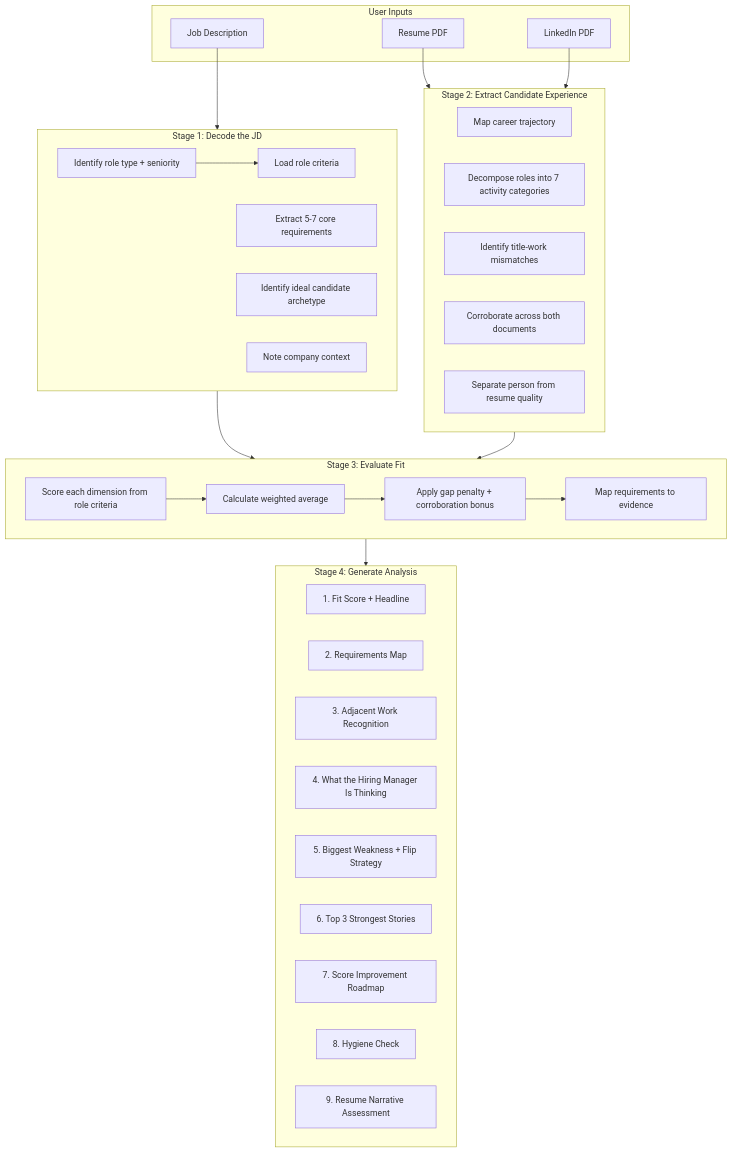
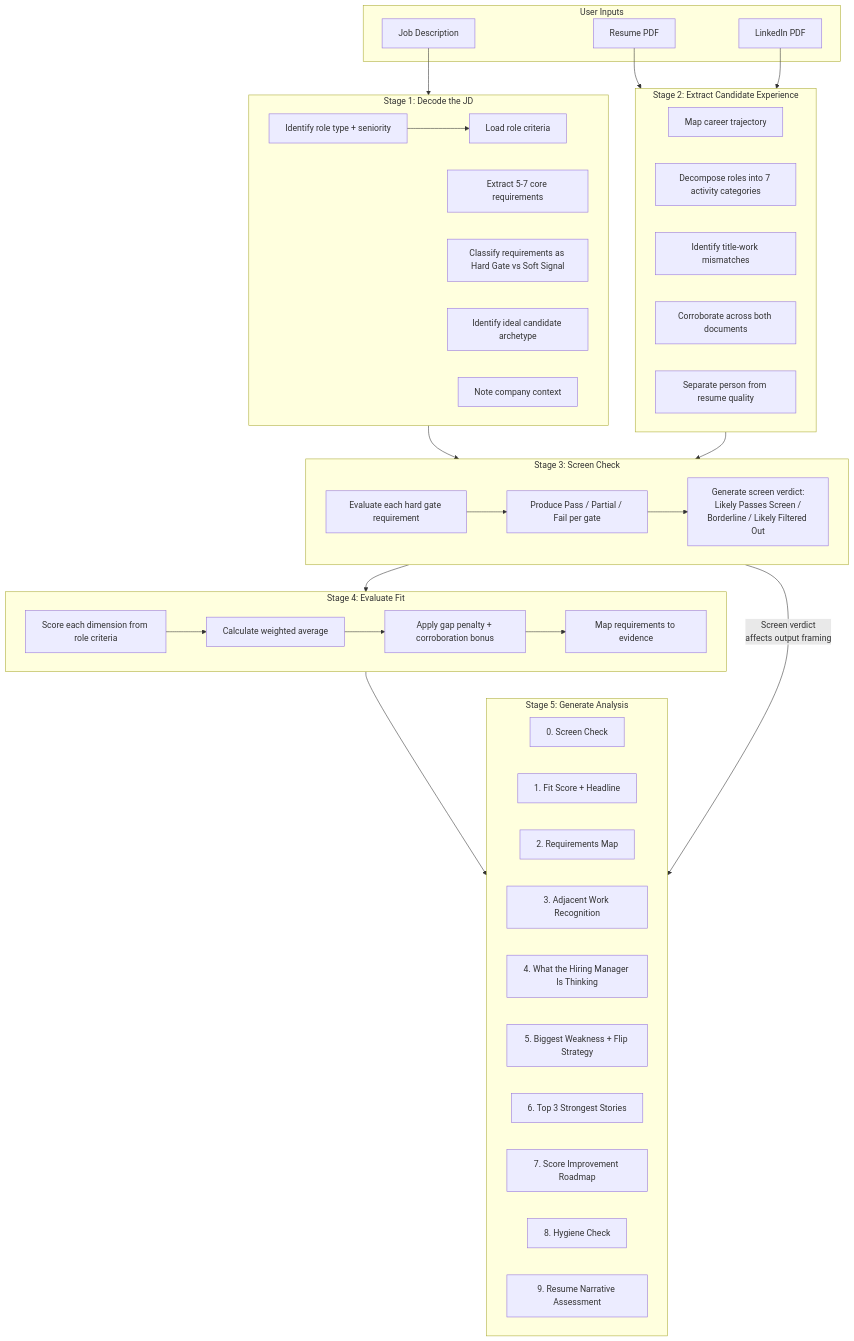
One commit to dj-chow/job-fit-analyzer changed the first of 3 diagrams in ARCHITECTURE.md. Above: the diagram before and after it, drawn with Mermaid. The commit also changed other lines of this file and 4 other files, not shown here.

First line of the commit message:
feat: add two-layer evaluation model (screen check + fit score)

````diff
--- a/ARCHITECTURE.md
+++ b/ARCHITECTURE.md
@@ -5,54 +5,65 @@
 ```mermaid
 flowchart TD
     subgraph INPUTS["User Inputs"]
         R["Resume PDF"]
         L["LinkedIn PDF"]
         JD["Job Description"]
     end
 
     subgraph STAGE1["Stage 1: Decode the JD"]
         S1A["Identify role type + seniority"]
         S1B["Extract 5-7 core requirements"]
-        S1C["Identify ideal candidate archetype"]
-        S1D["Load role criteria"]
-        S1E["Note company context"]
+        S1C["Classify requirements as Hard Gate vs Soft Signal"]
+        S1D["Identify ideal candidate archetype"]
+        S1E["Load role criteria"]
+        S1F["Note company context"]
     end
 
     subgraph STAGE2["Stage 2: Extract Candidate Experience"]
         S2A["Map career trajectory"]
         S2B["Decompose roles into 7 activity categories"]
         S2C["Identify title-work mismatches"]
         S2D["Corroborate across both documents"]
         S2E["Separate person from resume quality"]
     end
 
-    subgraph STAGE3["Stage 3: Evaluate Fit"]
-        S3A["Score each dimension from role criteria"]
-        S3B["Calculate weighted average"]
-        S3C["Apply gap penalty + corroboration bonus"]
-        S3D["Map requirements to evidence"]
+    subgraph STAGE3["Stage 3: Screen Check"]
+        S3A["Evaluate each hard gate requirement"]
+        S3B["Produce Pass / Partial / Fail per gate"]
+        S3C["Generate screen verdict:<br/>Likely Passes Screen /<br/>Borderline / Likely Filtered Out"]
     end
 
-    subgraph STAGE4["Stage 4: Generate Analysis"]
+    subgraph STAGE4["Stage 4: Evaluate Fit"]
+        S4A["Score each dimension from role criteria"]
+        S4B["Calculate weighted average"]
+        S4C["Apply gap penalty + corroboration bonus"]
+        S4D["Map requirements to evidence"]
+    end
+
+    subgraph STAGE5["Stage 5: Generate Analysis"]
+        O0["0. Screen Check"]
         O1["1. Fit Score + Headline"]
         O2["2. Requirements Map"]
         O3["3. Adjacent Work Recognition"]
         O4["4. What the Hiring Manager Is Thinking"]
         O5["5. Biggest Weakness + Flip Strategy"]
         O6["6. Top 3 Strongest Stories"]
         O7["7. Score Improvement Roadmap"]
         O8["8. Hygiene Check"]
         O9["9. Resume Narrative Assessment"]
     end
 
     R --> STAGE2
     L --> STAGE2
     JD --> STAGE1
 
     STAGE1 --> STAGE3
     STAGE2 --> STAGE3
     STAGE3 --> STAGE4
+    STAGE4 --> STAGE5
+    STAGE3 -->|"Screen verdict<br/>affects output framing"| STAGE5
 
-    S1A --> S1D
-    S3A --> S3B --> S3C --> S3D
+    S1A --> S1E
+    S3A --> S3B --> S3C
+    S4A --> S4B --> S4C --> S4D
 ```
````
